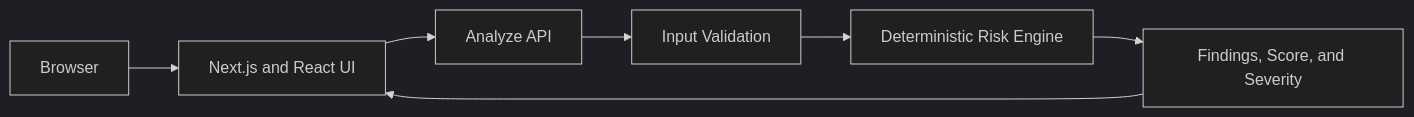
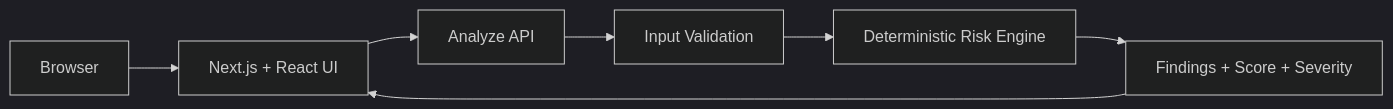
One commit to aayush-as69/vibex changed the diagram in README.md. Above: the diagram before and after it, drawn with Mermaid (dark theme). The commit also changed other lines of this file, not shown here.

````diff
--- a/README.md
+++ b/README.md
@@ -104,9 +107,9 @@
-```mermaid
+~~~mermaid
 flowchart LR
-    U[Browser] --> UI[Next.js and React UI]
-    UI --> API["Analyze API"]
+    U[Browser] --> UI[Next.js + React UI]
+    UI --> API[Analyze API]
     API --> V[Input Validation]
     V --> E[Deterministic Risk Engine]
-    E --> F[Findings, Score, and Severity]
+    E --> F[Findings + Score + Severity]
     F --> UI
-```
+~~~
````
